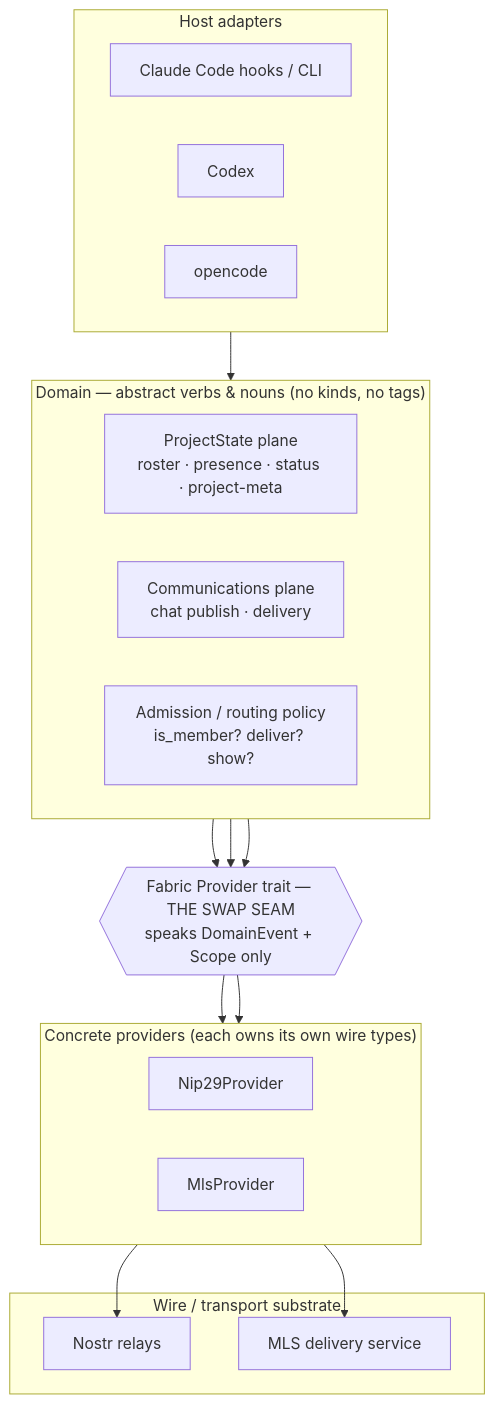
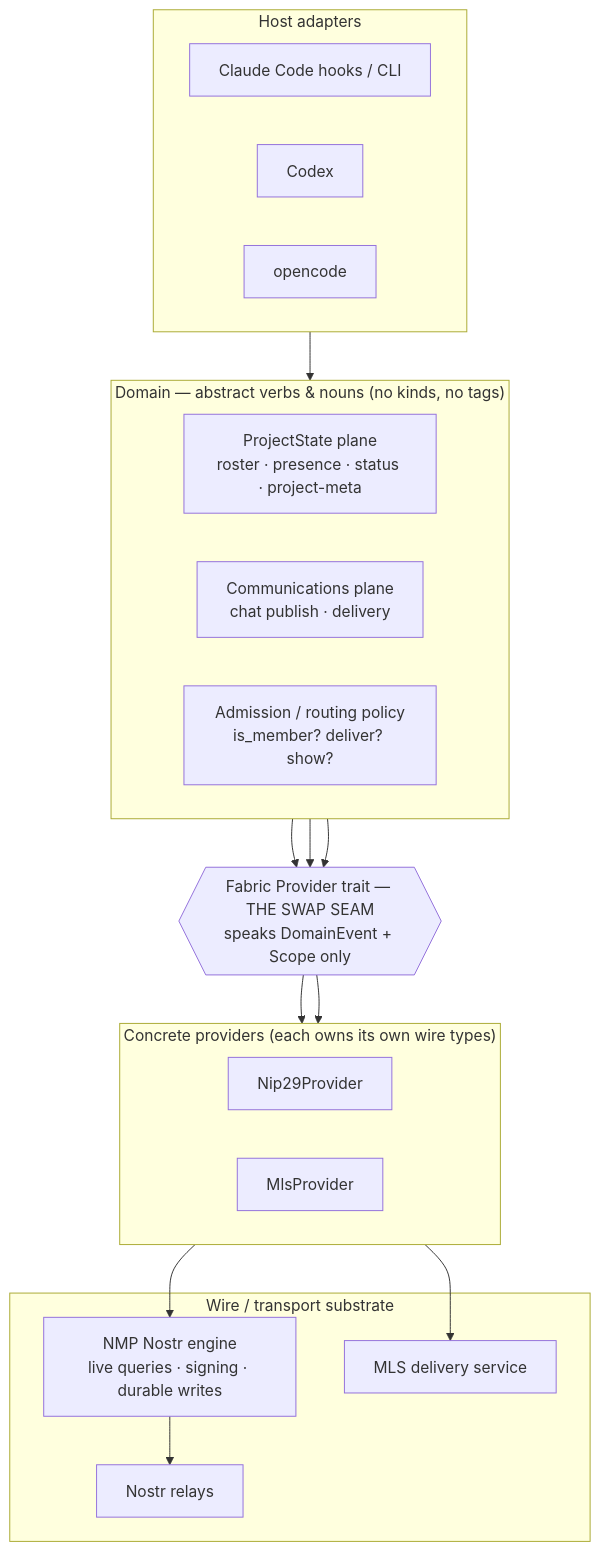
The first of 6 diagrams in docs/fabric-architecture.md (pablof7z/tenex-edge), drawn with Mermaid before and after one commit. The commit also changed other lines of this file and 388 other files, not shown here.

````diff
--- a/docs/fabric-architecture.md
+++ b/docs/fabric-architecture.md
@@ -67,36 +69,37 @@
 ```mermaid
 flowchart TD
     subgraph HOST["Host adapters"]
         H1["Claude Code hooks / CLI"]
         H2["Codex"]
         H3["opencode"]
     end
 
     subgraph DOMAIN["Domain — abstract verbs & nouns (no kinds, no tags)"]
         direction LR
         PS["ProjectState plane<br/>roster · presence · status · project-meta"]
         CM["Communications plane<br/>chat publish · delivery"]
         ADMIT["Admission / routing policy<br/>is_member? deliver? show?"]
     end
 
     SEAM{{"Fabric Provider trait — THE SWAP SEAM<br/>speaks DomainEvent + Scope only"}}
 
     subgraph PROV["Concrete providers (each owns its own wire types)"]
         direction LR
         P1["Nip29Provider"]
         P2["MlsProvider"]
     end
 
     subgraph WIRE["Wire / transport substrate"]
+        NMP["NMP Nostr engine<br/>live queries · signing · durable writes"]
         R1["Nostr relays"]
         R2["MLS delivery service"]
     end
 
     HOST --> DOMAIN
     PS --> SEAM
     CM --> SEAM
     ADMIT --> SEAM
     SEAM --> P1 & P2
-    P1 --> R1
+    P1 --> NMP --> R1
     P2 --> R2
 ```
````
